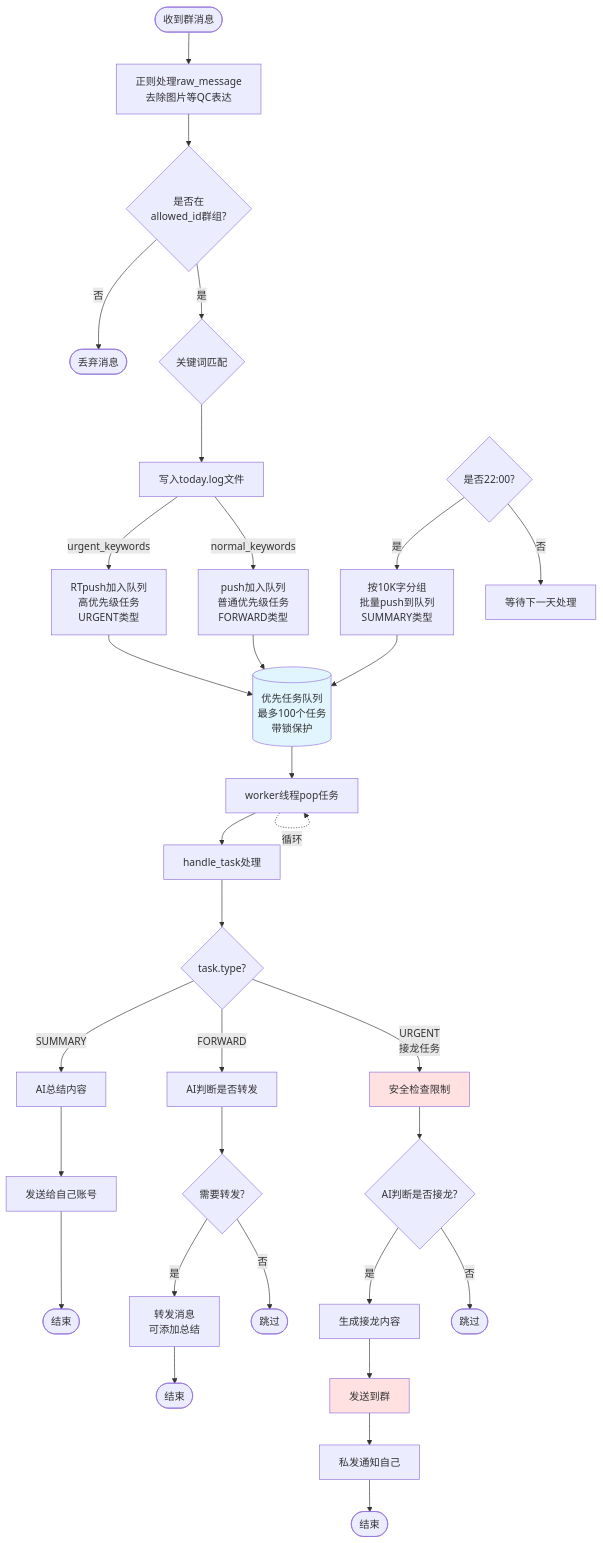
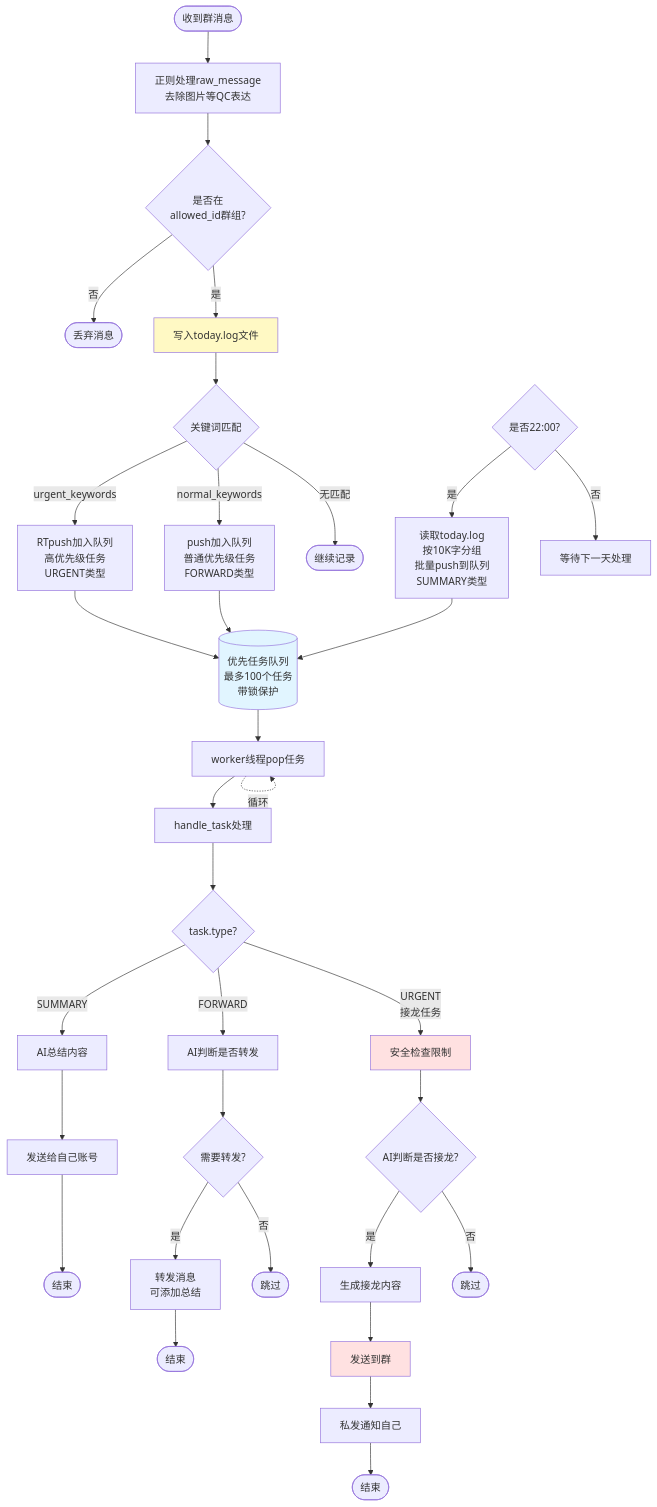
The diagram in lml_version/agent_requests.md (limolin234/QQbot), drawn with Mermaid before and after one commit.

Commit message:
优化了mermaid图

````diff
--- a/lml_version/agent_requests.md
+++ b/lml_version/agent_requests.md
@@ -36,50 +36,53 @@
 ```mermaid
     flowchart TB
     Start([收到群消息]) --> PreProcess[正则处理raw_message<br/>去除图片等QC表达]
     PreProcess --> CheckAllowed{是否在<br/>allowed_id群组?}
     
     CheckAllowed -->|否| Discard([丢弃消息])
-    CheckAllowed -->|是| MatchKeyword{关键词匹配}
-    MatchKeyword -->| | WriteLog[写入today.log文件]
+    CheckAllowed -->|是| WriteLog[写入today.log文件]
     
-    WriteLog -->|urgent_keywords| RTpush[RTpush加入队列<br/>高优先级任务<br/>URGENT类型]
-    WriteLog -->|normal_keywords| Push[push加入队列<br/>普通优先级任务<br/>FORWARD类型]
+    WriteLog --> MatchKeyword{关键词匹配}
     
+    MatchKeyword -->|urgent_keywords| RTpush[RTpush加入队列<br/>高优先级任务<br/>URGENT类型]
+    MatchKeyword -->|normal_keywords| Push[push加入队列<br/>普通优先级任务<br/>FORWARD类型]
+    MatchKeyword -->|无匹配| Continue([继续记录])
     
     DailyCheck{是否22:00?}
-    DailyCheck -->|是| BatchProcess[按10K字分组<br/>批量push到队列<br/>SUMMARY类型]
+    DailyCheck -->|是| BatchProcess[读取today.log<br/>按10K字分组<br/>批量push到队列<br/>SUMMARY类型]
     DailyCheck -->|否| WaitNext[等待下一天处理]
     BatchProcess --> QueueBuffer
     
     RTpush --> QueueBuffer[(优先任务队列<br/>最多100个任务<br/>带锁保护)]
     Push --> QueueBuffer
     
     QueueBuffer --> Worker[worker线程pop任务]
     Worker --> HandleTask[handle_task处理]
     
     HandleTask --> TypeCheck{task.type?}
     
     TypeCheck -->|SUMMARY| Summary[AI总结内容]
     Summary --> SendSelf1[发送给自己账号]
     SendSelf1 --> End1([结束])
     
     TypeCheck -->|FORWARD| Judge[AI判断是否转发]
     Judge --> NeedForward{需要转发?}
     NeedForward -->|是| Forward[转发消息<br/>可添加总结]
     NeedForward -->|否| Skip1([跳过])
     Forward --> End2([结束])
     
     TypeCheck -->|URGENT<br/>接龙任务| SafetyCheck[安全检查限制]
     SafetyCheck --> JudgeJoin{AI判断是否接龙?}
     JudgeJoin -->|是| JoinContent[生成接龙内容]
     JoinContent --> SendGroup[发送到群]
     SendGroup --> Notify[私发通知自己]
     Notify --> End3([结束])
     JudgeJoin -->|否| Skip2([跳过])
     
     Worker -.循环.-> Worker
     
     style QueueBuffer fill:#e1f5ff
     style SafetyCheck fill:#ffe1e1
     style SendGroup fill:#ffe1e1
+    style WriteLog fill:#fff9c4
+
 ```
````
